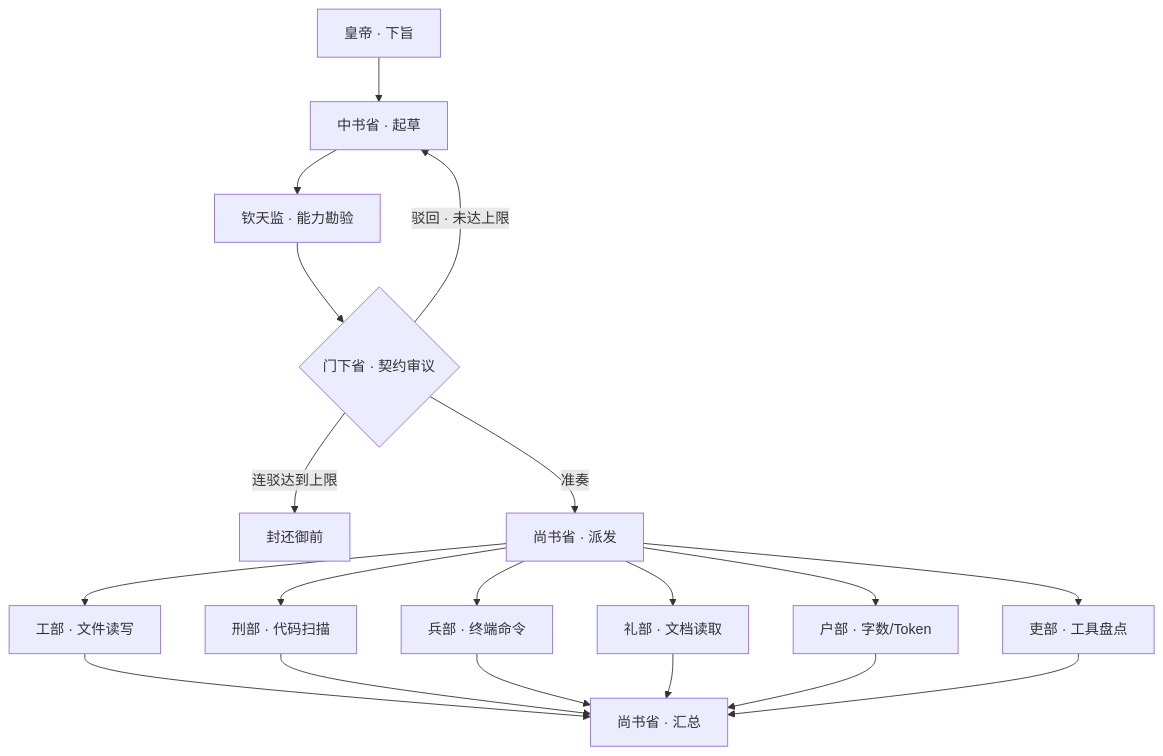
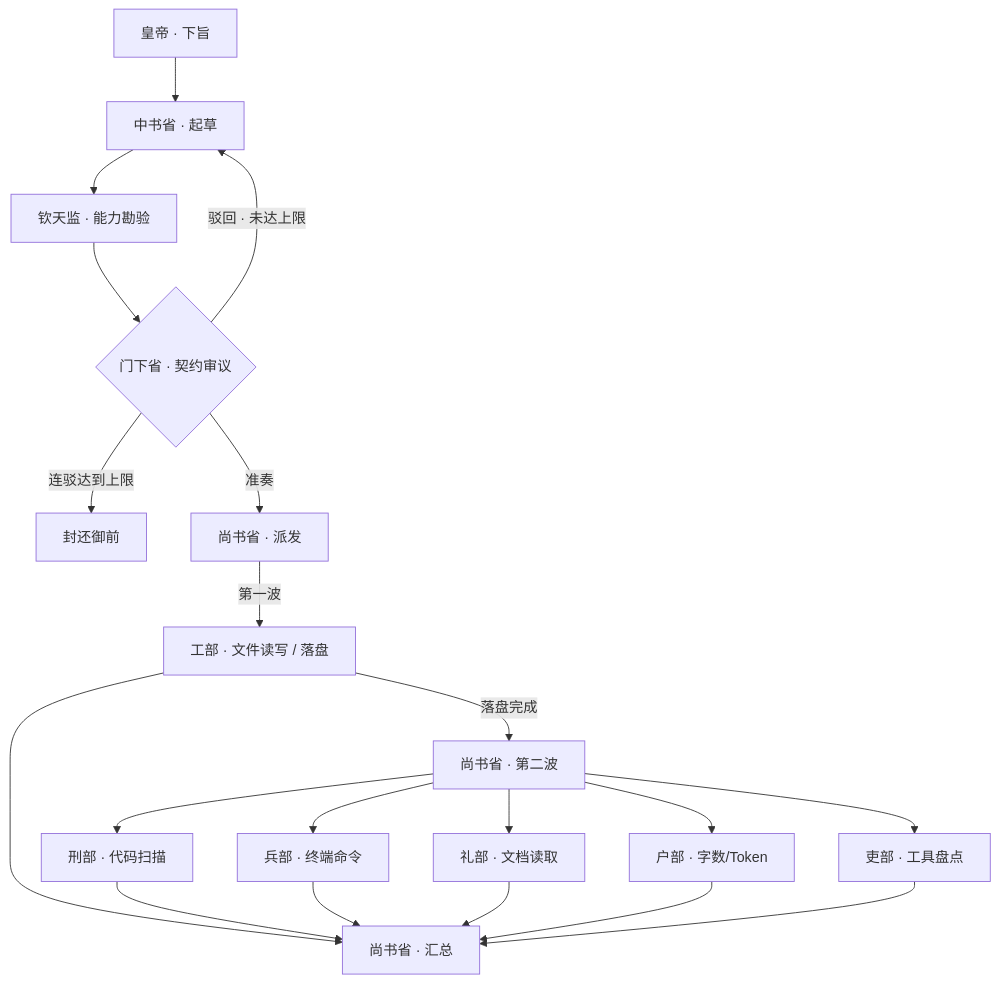
Before and after one commit to LSwzx/dsh-tang-agent: the diagram in README.md, drawn with Mermaid. The commit also changed other lines of this file and 10 other files, not shown here.

````diff
--- a/README.md
+++ b/README.md
@@ -18,21 +18,22 @@
 ```mermaid
 flowchart TD
     E["皇帝 · 下旨"] --> Z["中书省 · 起草"]
     Z --> Q["钦天监 · 能力勘验"]
     Q --> M{"门下省 · 契约审议"}
     M -->|驳回 · 未达上限| Z
     M -->|连驳达到上限| ESC["封还御前"]
     M -->|准奏| S["尚书省 · 派发"]
-    S --> W["工部 · 文件读写"]
-    S --> J["刑部 · 代码扫描"]
-    S --> B["兵部 · 终端命令"]
-    S --> L["礼部 · 文档读取"]
-    S --> R["户部 · 字数/Token"]
-    S --> P["吏部 · 工具盘点"]
+    S -->|第一波| W["工部 · 文件读写 / 落盘"]
+    W -->|落盘完成| S2["尚书省 · 第二波"]
+    S2 --> J["刑部 · 代码扫描"]
+    S2 --> B["兵部 · 终端命令"]
+    S2 --> L["礼部 · 文档读取"]
+    S2 --> R["户部 · 字数/Token"]
+    S2 --> P["吏部 · 工具盘点"]
     W --> AGG["尚书省 · 汇总"]
     J --> AGG
     B --> AGG
     L --> AGG
     R --> AGG
     P --> AGG
 ```
````
